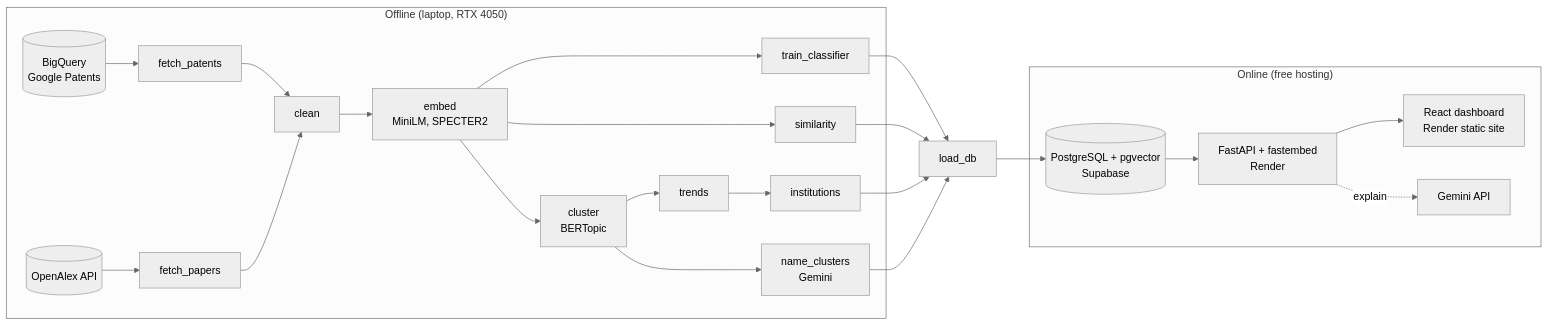
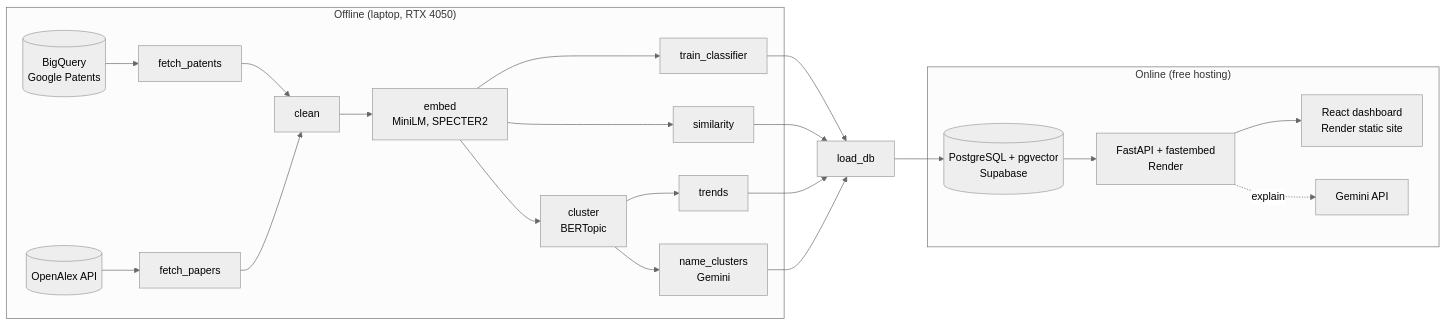
The diagram in README.md (Harshitch517/innovation-intelligence-platform), drawn with Mermaid (neutral theme) before and after one commit. The commit also changed other lines of this file and 48 other files, not shown here.

````diff
--- a/README.md
+++ b/README.md
@@ -26,18 +25,18 @@
 ```mermaid
 flowchart LR
   subgraph Offline["Offline (laptop, RTX 4050)"]
     BQ[(BigQuery<br/>Google Patents)] --> F[fetch_patents]
     OA[(OpenAlex API)] --> P[fetch_papers]
     F & P --> C[clean] --> E[embed<br/>MiniLM, SPECTER2]
     E --> T[train_classifier]
     E --> S[similarity]
-    E --> K[cluster<br/>BERTopic] --> TR[trends] --> I[institutions]
+    E --> K[cluster<br/>BERTopic] --> TR[trends]
     K --> G[name_clusters<br/>Gemini]
   end
-  T & S & I & G --> L[load_db] --> DB[(PostgreSQL + pgvector<br/>Supabase)]
+  T & S & TR & G --> L[load_db] --> DB[(PostgreSQL + pgvector<br/>Supabase)]
   subgraph Online["Online (free hosting)"]
     DB --> API[FastAPI + fastembed<br/>Render]
     API --> UI[React dashboard<br/>Render static site]
     API -. explain .-> GM[Gemini API]
   end
 ```
````
